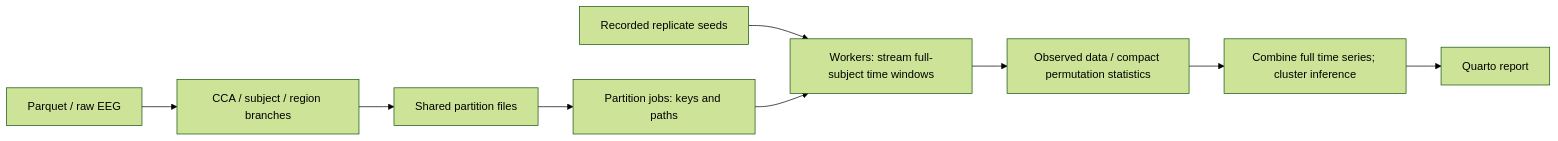
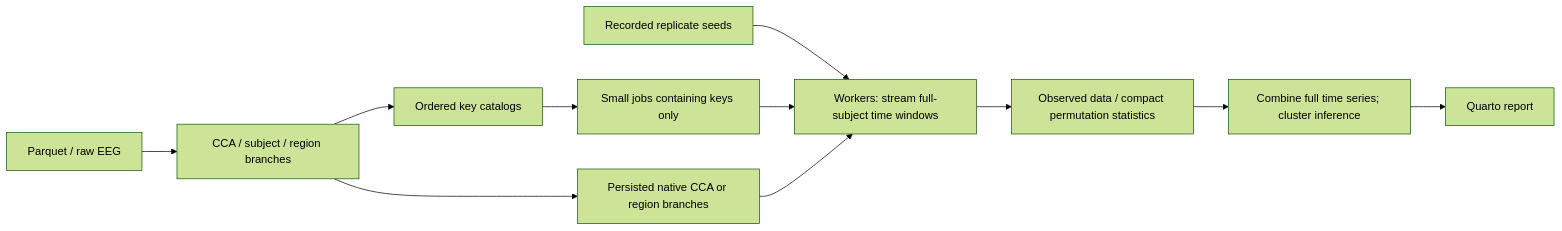
The diagram in docs/partitioned-pipeline.md (psychelzh/eeg_shared_memory), drawn with Mermaid (forest theme) before and after one commit. The commit also changed other lines of this file and 14 other files, not shown here.

Commit message:
Use native targets branches for shared data partitions

````diff
--- a/docs/partitioned-pipeline.md
+++ b/docs/partitioned-pipeline.md
@@ -9,11 +16,13 @@
 ```mermaid
 flowchart LR
   Raw[Parquet / raw EEG] --> Patterns[CCA / subject / region branches]
-  Patterns --> Files[Shared partition files]
-  Files --> Jobs[Partition jobs: keys and paths]
+  Patterns --> Pieces[Persisted native CCA or region branches]
+  Patterns --> Keys[Ordered key catalogs]
+  Keys --> Jobs[Small jobs containing keys only]
   Plan[Recorded replicate seeds] --> Compute
   Jobs --> Compute[Workers: stream full-subject time windows]
+  Pieces --> Compute
   Compute --> Stats[Observed data / compact permutation statistics]
   Stats --> Clusters[Combine full time series; cluster inference]
   Clusters --> Report[Quarto report]
 ```
````
